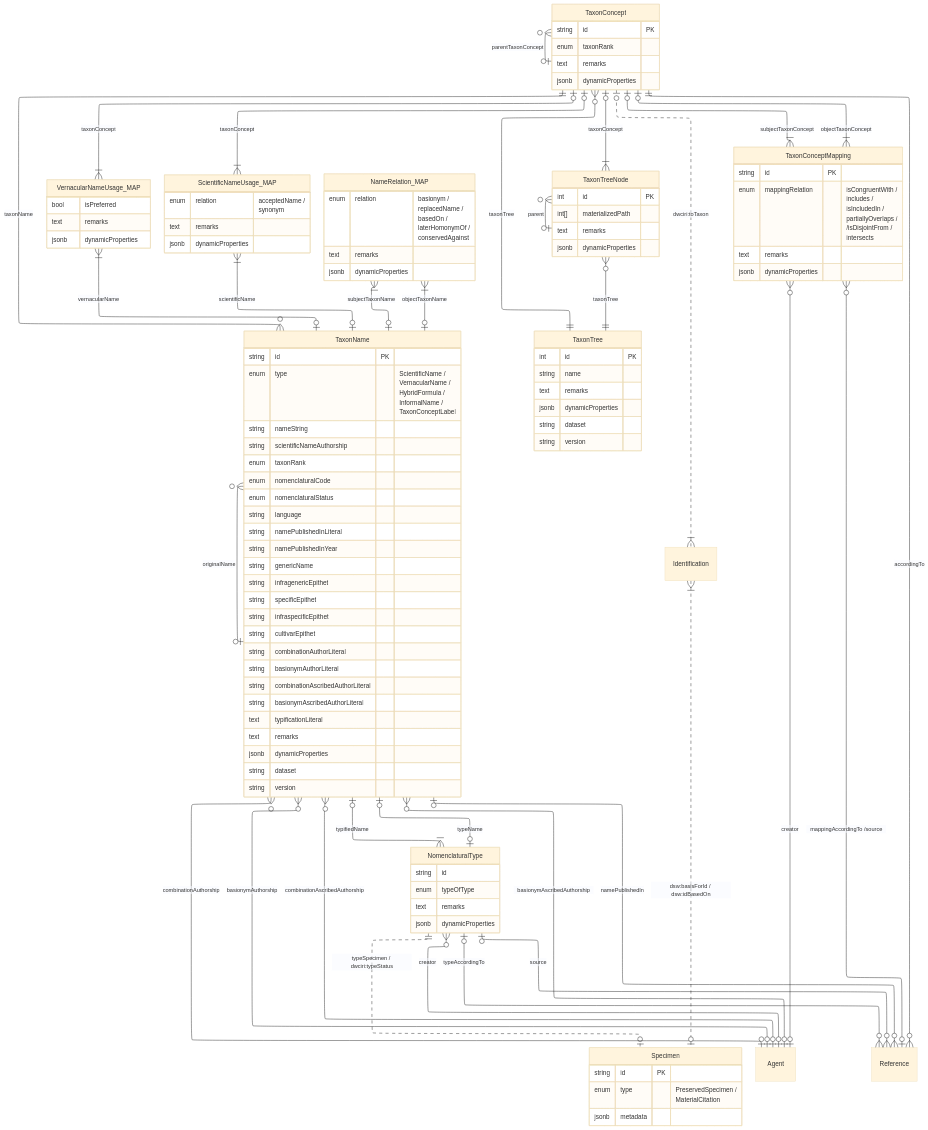
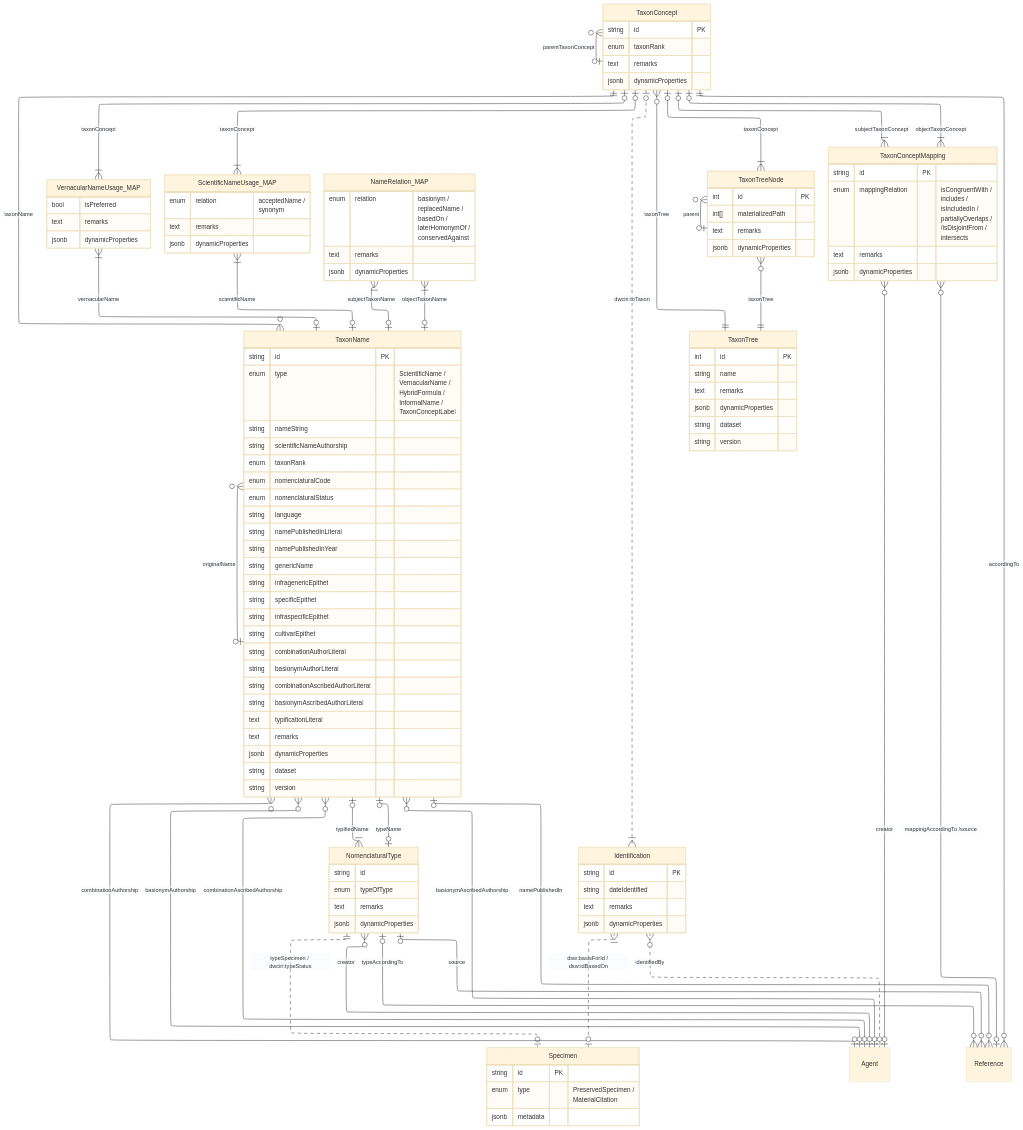
The diagram in source/_mermaid/tcs-dp.mmd (vicflora/vicflora-docs), drawn with Mermaid (base theme) before and after one commit.

Commit message:
Commit uncommitted  changes before deployment

```diff
--- a/source/_mermaid/tcs-dp.mmd
+++ b/source/_mermaid/tcs-dp.mmd
@@ -1,129 +1,137 @@
 ---
 config:
     layout: elk
 ---
 erDiagram
     TaxonConcept }o--o| TaxonConcept : "parentTaxonConcept"
     TaxonConcept ||--o{ TaxonName : "taxonName"
     TaxonConcept |o--|{ VernacularNameUsage_MAP : "taxonConcept"
     VernacularNameUsage_MAP }|--o| TaxonName : "vernacularName"
     TaxonConcept |o--|{ ScientificNameUsage_MAP : "taxonConcept"
     ScientificNameUsage_MAP }|--o| TaxonName : "scientificName"
     TaxonName }o--o| TaxonName : "originalName"
     TaxonName |o--|{ NameRelation_MAP : "subjectTaxonName"
     NameRelation_MAP }|--o| TaxonName : "objectTaxonName"
     TaxonConcept }o--|| TaxonTree : "taxonTree"
     TaxonConcept |o--|{ TaxonTreeNode : "taxonConcept"
     TaxonTreeNode }o--o| TaxonTreeNode : "parent"
     TaxonTreeNode }o--|| TaxonTree : "taxonTree" 
     TaxonName |o--|{ NomenclaturalType : "typifiedName"
     NomenclaturalType |o--o| TaxonName : "typeName"
     NomenclaturalType ||..o| Specimen : "typeSpecimen / dwciri:typeStatus"
     TaxonConcept |o--|{ TaxonConceptMapping : subjectTaxonConcept
     TaxonConceptMapping }|--o| TaxonConcept : objectTaxonConcept
 
     TaxonConcept |o..|{ Identification : "dwciri:toTaxon"
 
     TaxonName }o--o| Agent : combinationAuthorship
     TaxonName }o--o| Agent : basionymAuthorship
     TaxonName }o--o| Agent : combinationAscribedAuthorship
     TaxonName }o--o| Agent : basionymAscribedAuthorship
 
     TaxonConcept ||--o{ Reference : accordingTo
     TaxonConceptMapping }o--o| Reference : "mappingAccordingTo /source"
     TaxonName |o--o{ Reference : namePublishedIn
     NomenclaturalType |o--o{ Reference : typeAccordingTo
     NomenclaturalType |o--o{ Reference : source
 
     TaxonConceptMapping }o--o| Agent : creator
     NomenclaturalType }o--o| Agent : creator
 
     Identification }|..o| Specimen : "dsw:basisForId / dsw:idBasedOn"
+    Identification }o..o| Agent : "identifiedBy"
 
     TaxonConcept {
         string id PK
         enum taxonRank
         text remarks
         jsonb dynamicProperties
     }
 
     TaxonName {
         string id PK
         enum type "ScientificName /<br>VernacularName /<br>HybridFormula /<br>InformalName /<br>TaxonConceptLabel"
         string nameString
         string scientificNameAuthorship
         enum taxonRank
         enum nomenclaturalCode
         enum nomenclaturalStatus
         string language
         string namePublishedInLiteral
         string namePublishedInYear
         string genericName
         string infragenericEpithet
         string specificEpithet
         string infraspecificEpithet
         string cultivarEpithet
         string combinationAuthorLiteral
         string basionymAuthorLiteral
         string combinationAscribedAuthorLiteral
         string basionymAscribedAuthorLiteral
         text typificationLiteral
         text remarks
         jsonb dynamicProperties
         string dataset
         string version
     }
 
     ScientificNameUsage_MAP {
         enum relation "acceptedName /<br>synonym"
         text remarks
         jsonb dynamicProperties
     }
 
     NameRelation_MAP {
         enum relation "basionym /<br>replacedName /<br>basedOn /<br>laterHomonymOf /<br>conservedAgainst"
         text remarks
         jsonb dynamicProperties
     }
 
     TaxonTreeNode {
         int id PK
         int[] materializedPath
         text remarks
         jsonb dynamicProperties
     }
 
     TaxonTree {
         int id PK
         string name
         text remarks
         jsonb dynamicProperties
         string dataset
         string version
     }
 
     TaxonConceptMapping {
         string id PK
         enum mappingRelation "isCongruentWith /<br>includes /<br>isIncludedIn /<br>partiallyOverlaps /<br>/isDisjointFrom /<br>intersects"
         text remarks
         jsonb dynamicProperties
     }
 
     NomenclaturalType {
         string id
         enum typeOfType
         text remarks
         jsonb dynamicProperties
     }
 
     VernacularNameUsage_MAP {
         bool isPreferred
         text remarks
         jsonb dynamicProperties
     }
 
     Specimen {
         string id PK
         enum type "PreservedSpecimen /<br>MaterialCitation"
         jsonb metadata
     }
+
+    Identification {
+        string id PK
+        string dateIdentified
+        text remarks
+        jsonb dynamicProperties
+    }
```
